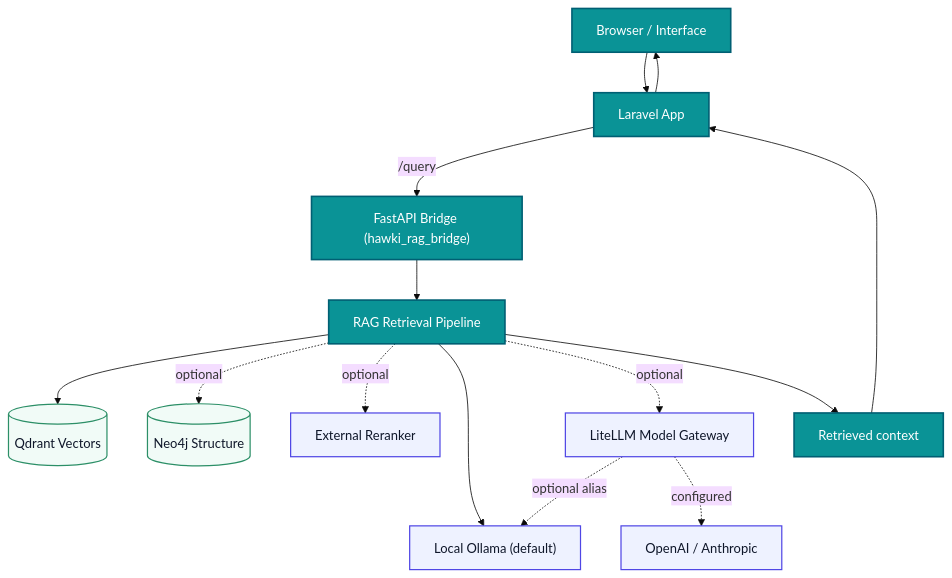
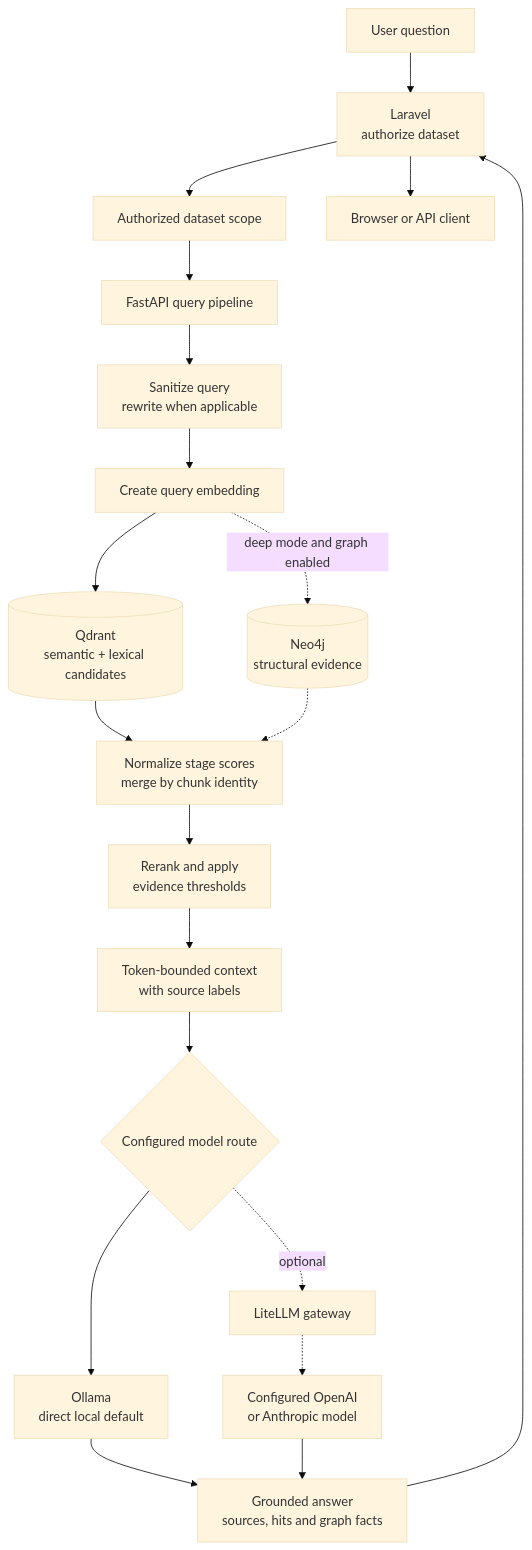
Before and after one commit to hawk-digital-environments/HAWKI-RAG: the third of 3 diagrams in _documentation/Getting Started/3_introduction_architecture.md, drawn with Mermaid (base theme). The commit also changed other lines of this file and 26 other files, not shown here.

````diff
--- a/_documentation/Getting Started/3_introduction_architecture.md
+++ b/_documentation/Getting Started/3_introduction_architecture.md
@@ -111,25 +196,26 @@
 ```mermaid
 flowchart TB
-    UI["Browser / Interface"] --> Laravel["Laravel App"]
-    Laravel -->|"/query"| Bridge["FastAPI Bridge (hawki_rag_bridge)"]
-    Bridge --> Pipeline["RAG Retrieval Pipeline"]
+    Question["User question"] --> Laravel["Laravel<br/>authorize dataset"]
+    Laravel --> Scope["Authorized dataset scope"]
+    Scope --> Bridge["FastAPI query pipeline"]
 
-    Pipeline --> Qdrant[("Qdrant Vectors")]
-    Pipeline -. optional .-> Neo4j[("Neo4j Structure")]
-    Pipeline -. optional .-> Rerank["External Reranker"]
-    Pipeline --> Ollama["Local Ollama (default)"]
-    Pipeline -. optional .-> LiteLLM["LiteLLM Model Gateway"]
-    LiteLLM -. optional alias .-> Ollama
-    LiteLLM -. configured .-> Cloud["OpenAI / Anthropic"]
+    Bridge --> Prepare["Sanitize query<br/>rewrite when applicable"]
+    Prepare --> Search["Create query embedding"]
+    Search --> Qdrant[("Qdrant<br/>semantic + lexical candidates")]
+    Search -. "deep mode and graph enabled" .-> Neo4j[("Neo4j<br/>structural evidence")]
 
-    Pipeline --> Result["Retrieved context"]
-    Result --> Laravel --> UI
+    Qdrant --> Merge["Normalize stage scores<br/>merge by chunk identity"]
+    Neo4j -.-> Merge
+    Merge --> Rerank["Rerank and apply<br/>evidence thresholds"]
+    Rerank --> Context["Token-bounded context<br/>with source labels"]
 
-    classDef core fill:#0a9396,color:#ffffff,stroke:#005f73,stroke-width:2px,font-size:16px;
-    classDef data fill:#f1fbf7,color:#0f172a,stroke:#2c8f67,stroke-width:1.5px,font-size:16px;
-    classDef side fill:#eef2ff,color:#0f172a,stroke:#4f46e5,stroke-width:1.5px,font-size:16px;
+    Context --> Provider{"Configured model route"}
+    Provider --> Ollama["Ollama<br/>direct local default"]
+    Provider -. "optional" .-> LiteLLM["LiteLLM gateway"]
+    LiteLLM -.-> Cloud["Configured OpenAI<br/>or Anthropic model"]
 
-    class UI,Laravel,Bridge,Pipeline,Result core;
-    class Qdrant,Neo4j data;
-    class Rerank,Ollama,LiteLLM,Cloud side;
+    Ollama --> Result["Grounded answer<br/>sources, hits and graph facts"]
+    Cloud --> Result
+    Result --> Laravel
+    Laravel --> UI["Browser or API client"]
 ```
````
